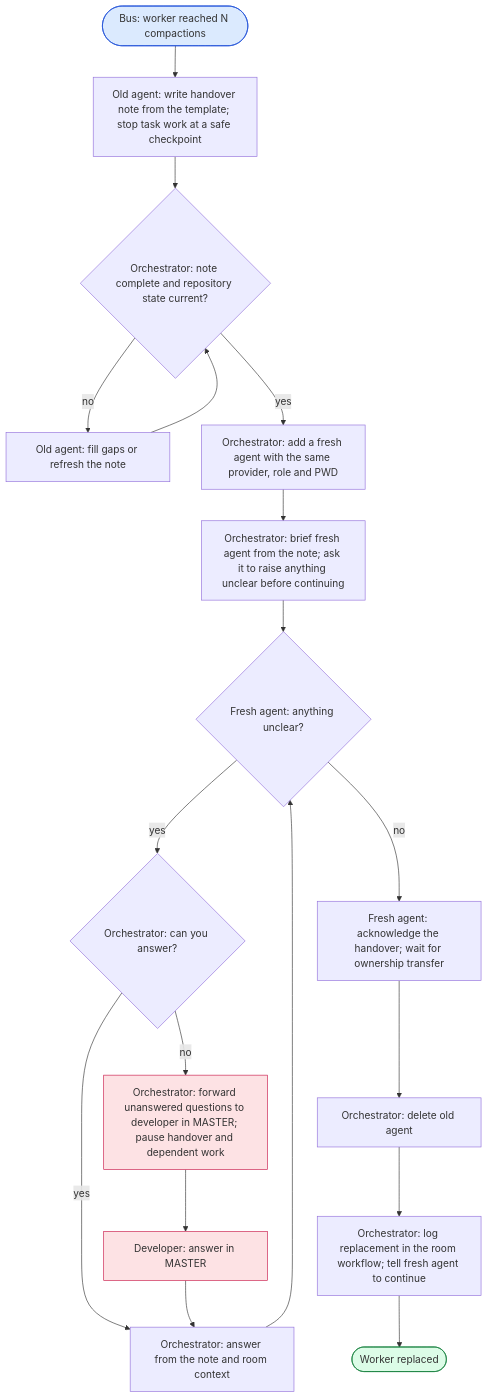
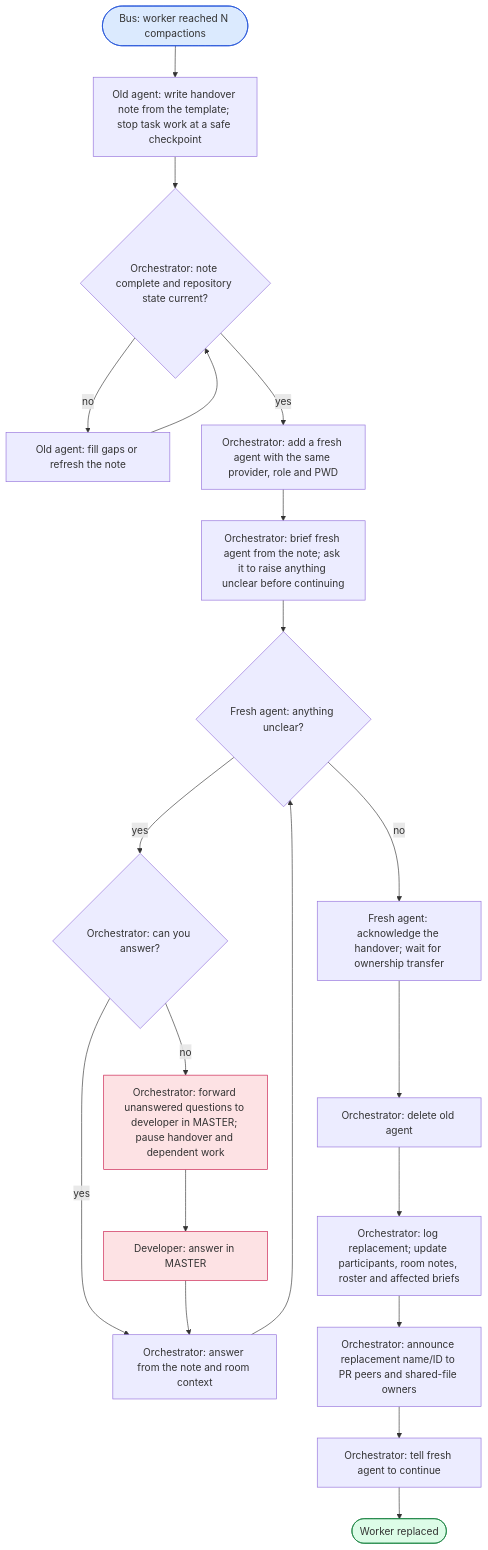
Before and after one commit to asura1234/bus: the diagram in workflows/agent-handover.md, drawn with Mermaid. The commit also changed other lines of this file and 11 other files, not shown here.

````diff
--- a/workflows/agent-handover.md
+++ b/workflows/agent-handover.md
@@ -17,25 +17,27 @@
 ```mermaid
 flowchart TD
     begin(["Bus: worker reached N compactions"]):::start --> note
     note["Old agent: write handover note from the template; stop task work at a safe checkpoint"] --> check
     check{"Orchestrator: note complete and repository state current?"}
     check -- no --> repair["Old agent: fill gaps or refresh the note"]
     repair --> check
     check -- yes --> add["Orchestrator: add a fresh agent with the same provider, role and PWD"]
     add --> brief["Orchestrator: brief fresh agent from the note; ask it to raise anything unclear before continuing"]
     brief --> questions{"Fresh agent: anything unclear?"}
     questions -- yes --> answer{"Orchestrator: can you answer?"}
     answer -- yes --> explain["Orchestrator: answer from the note and room context"]
     explain --> questions
     answer -- no --> ask["Orchestrator: forward unanswered questions to developer in MASTER; pause handover and dependent work"]:::developer
     ask --> reply["Developer: answer in MASTER"]:::developer
     reply --> explain
     questions -- no --> acknowledge["Fresh agent: acknowledge the handover; wait for ownership transfer"]
     acknowledge --> delete["Orchestrator: delete old agent"]
-    delete --> log["Orchestrator: log replacement in the room workflow; tell fresh agent to continue"]
-    log --> done(["Worker replaced"]):::success
+    delete --> log["Orchestrator: log replacement; update participants, room notes, roster and affected briefs"]
+    log --> announce["Orchestrator: announce replacement name/ID to PR peers and shared-file owners"]
+    announce --> resume["Orchestrator: tell fresh agent to continue"]
+    resume --> done(["Worker replaced"]):::success
 
     classDef start fill:#dbeafe,stroke:#1d4ed8
     classDef success fill:#dcfce7,stroke:#15803d
     classDef developer fill:#fde2e4,stroke:#c9184a
 ```
````
